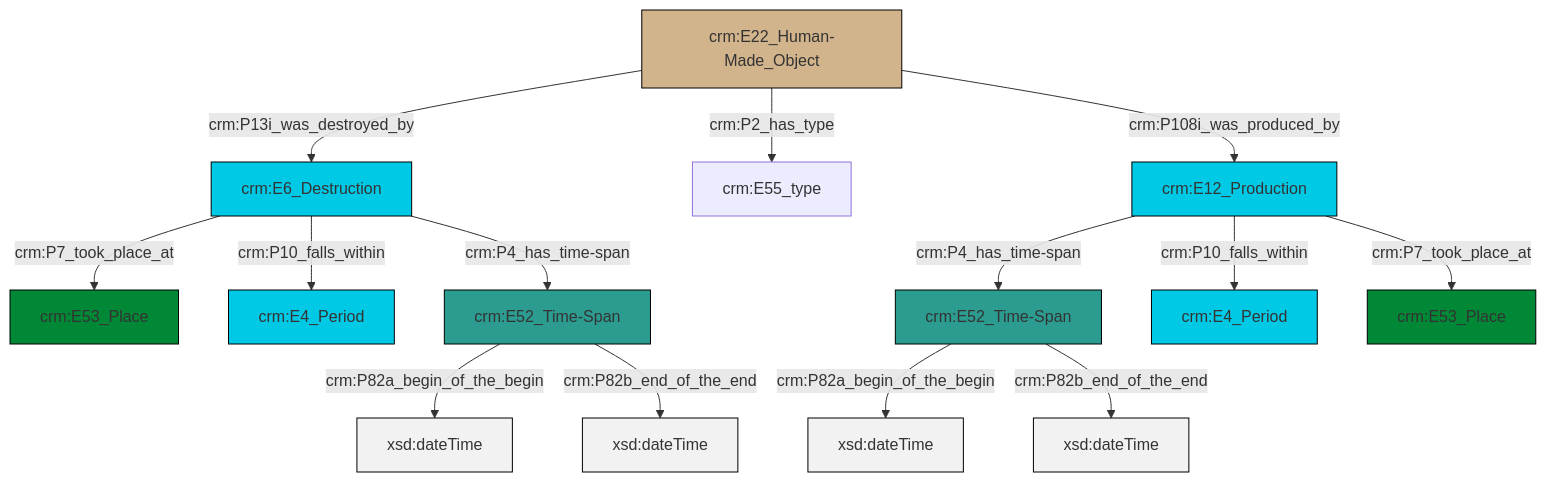
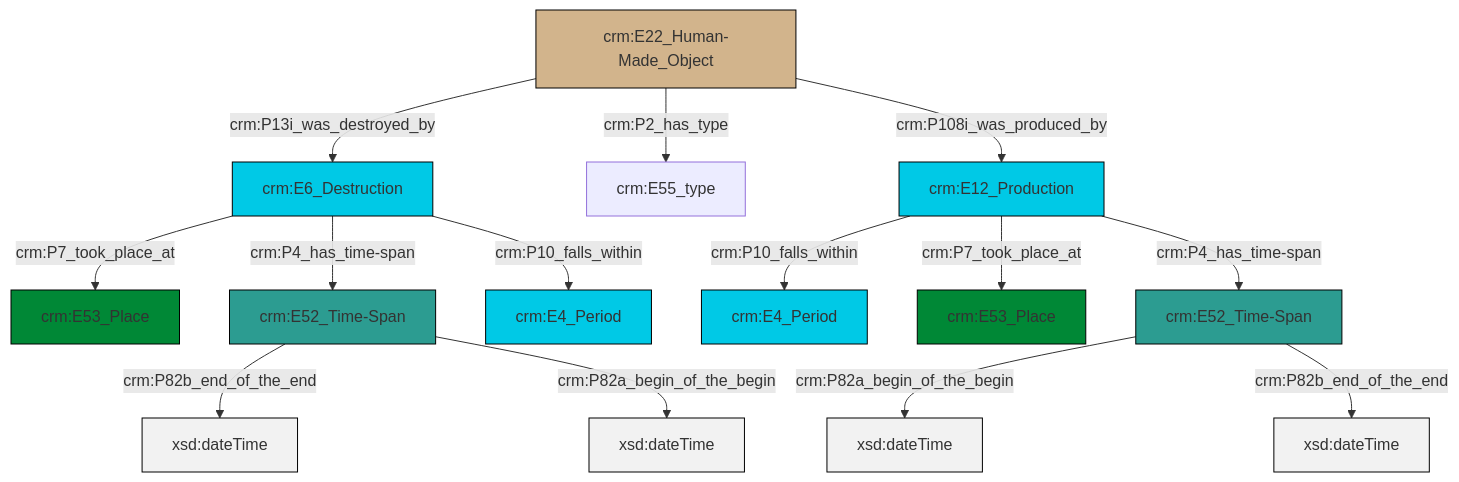
One commit to swiss-art-research-net/reference-data-models changed the diagram in et/builtWorkCSV/ttl/mmd/Built_Work_existence.ttl.mmd. Above: the diagram before and after it, drawn with Mermaid. The commit also changed 128 other files, not shown here.

```diff
--- a/et/builtWorkCSV/ttl/mmd/Built_Work_existence.ttl.mmd
+++ b/et/builtWorkCSV/ttl/mmd/Built_Work_existence.ttl.mmd
@@ -1,28 +1,28 @@
 graph TD
 classDef Literal fill:#f2f2f2,stroke:#000000;
 classDef CRM_Entity fill:#FFFFFF,stroke:#000000;
 classDef Temporal_Entity fill:#00C9E6, stroke:#000000;
 classDef Type fill:#E18312, stroke:#000000;
 classDef Time-Span fill:#2C9C91, stroke:#000000;
 classDef Appellation fill:#FFEB7F, stroke:#000000;
 classDef Place fill:#008836, stroke:#000000;
 classDef Persistent_Item fill:#B266B2, stroke:#000000;
 classDef Conceptual_Object fill:#FFD700, stroke:#000000;
 classDef Physical_Thing fill:#D2B48C, stroke:#000000;
 classDef Actor fill:#f58aad, stroke:#000000;
 classDef PC_Classes fill:#4ce600, stroke:#000000;
 classDef Multi fill:#cccccc,stroke:#000000;
 
-2["crm:E6_Destruction"]:::Temporal_Entity -->|crm:P10_falls_within| 3["crm:E4_Period"]:::Temporal_Entity
-2["crm:E6_Destruction"]:::Temporal_Entity -->|crm:P7_took_place_at| 0["crm:E53_Place"]:::Place
-4["crm:E22_Human-Made_Object"]:::Physical_Thing -->|crm:P13i_was_destroyed_by| 2["crm:E6_Destruction"]:::Temporal_Entity
-5["crm:E52_Time-Span"]:::Time-Span -->|crm:P82a_begin_of_the_begin| 6[xsd:dateTime]:::Literal
-4["crm:E22_Human-Made_Object"]:::Physical_Thing -->|crm:P2_has_type| 7["crm:E55_type"]:::Default
-9["crm:E52_Time-Span"]:::Time-Span -->|crm:P82a_begin_of_the_begin| 10[xsd:dateTime]:::Literal
-11["crm:E12_Production"]:::Temporal_Entity -->|crm:P10_falls_within| 12["crm:E4_Period"]:::Temporal_Entity
-11["crm:E12_Production"]:::Temporal_Entity -->|crm:P7_took_place_at| 13["crm:E53_Place"]:::Place
-11["crm:E12_Production"]:::Temporal_Entity -->|crm:P4_has_time-span| 5["crm:E52_Time-Span"]:::Time-Span
-2["crm:E6_Destruction"]:::Temporal_Entity -->|crm:P4_has_time-span| 9["crm:E52_Time-Span"]:::Time-Span
-4["crm:E22_Human-Made_Object"]:::Physical_Thing -->|crm:P108i_was_produced_by| 11["crm:E12_Production"]:::Temporal_Entity
-5["crm:E52_Time-Span"]:::Time-Span -->|crm:P82b_end_of_the_end| 20[xsd:dateTime]:::Literal
-9["crm:E52_Time-Span"]:::Time-Span -->|crm:P82b_end_of_the_end| 23[xsd:dateTime]:::Literal
+0["crm:E52_Time-Span"]:::Time-Span -->|crm:P82b_end_of_the_end| 1[xsd:dateTime]:::Literal
+0["crm:E52_Time-Span"]:::Time-Span -->|crm:P82a_begin_of_the_begin| 2[xsd:dateTime]:::Literal
+3["crm:E52_Time-Span"]:::Time-Span -->|crm:P82a_begin_of_the_begin| 4[xsd:dateTime]:::Literal
+7["crm:E12_Production"]:::Temporal_Entity -->|crm:P10_falls_within| 8["crm:E4_Period"]:::Temporal_Entity
+14["crm:E22_Human-Made_Object"]:::Physical_Thing -->|crm:P13i_was_destroyed_by| 5["crm:E6_Destruction"]:::Temporal_Entity
+14["crm:E22_Human-Made_Object"]:::Physical_Thing -->|crm:P2_has_type| 9["crm:E55_type"]:::Default
+14["crm:E22_Human-Made_Object"]:::Physical_Thing -->|crm:P108i_was_produced_by| 7["crm:E12_Production"]:::Temporal_Entity
+5["crm:E6_Destruction"]:::Temporal_Entity -->|crm:P7_took_place_at| 16["crm:E53_Place"]:::Place
+5["crm:E6_Destruction"]:::Temporal_Entity -->|crm:P4_has_time-span| 0["crm:E52_Time-Span"]:::Time-Span
+7["crm:E12_Production"]:::Temporal_Entity -->|crm:P7_took_place_at| 17["crm:E53_Place"]:::Place
+5["crm:E6_Destruction"]:::Temporal_Entity -->|crm:P10_falls_within| 11["crm:E4_Period"]:::Temporal_Entity
+3["crm:E52_Time-Span"]:::Time-Span -->|crm:P82b_end_of_the_end| 21[xsd:dateTime]:::Literal
+7["crm:E12_Production"]:::Temporal_Entity -->|crm:P4_has_time-span| 3["crm:E52_Time-Span"]:::Time-Span
```
